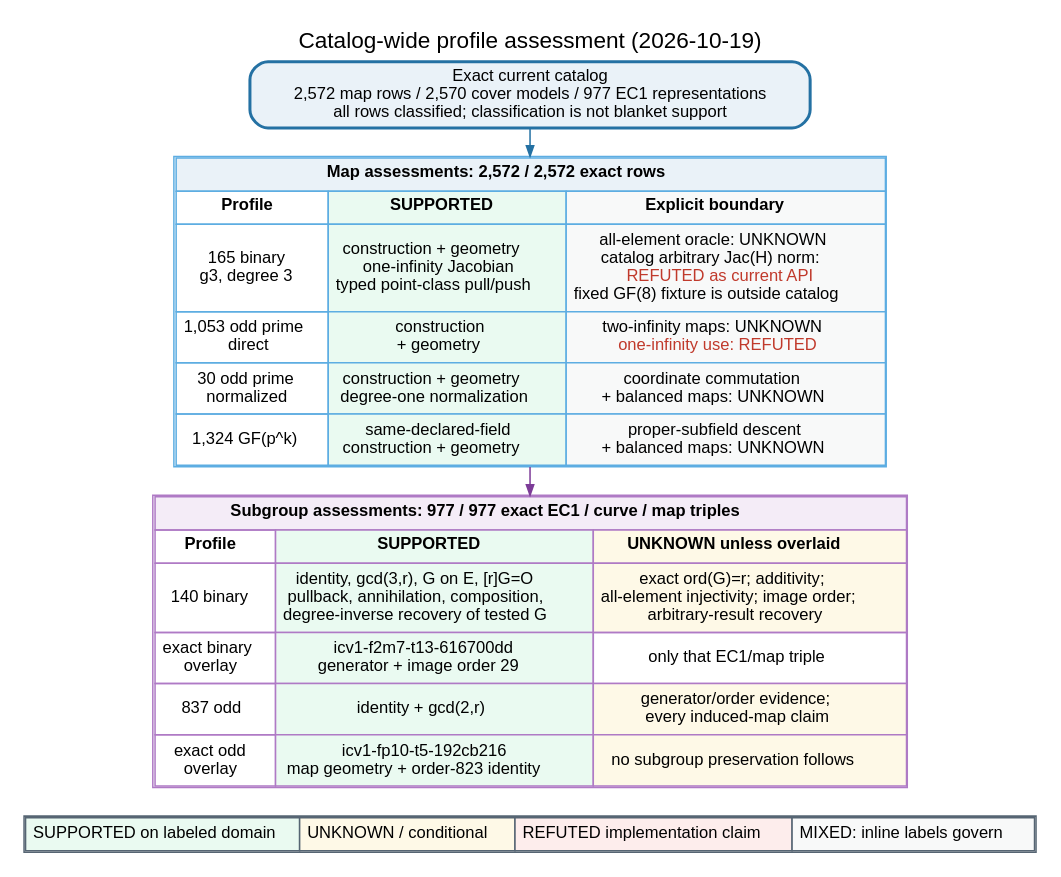
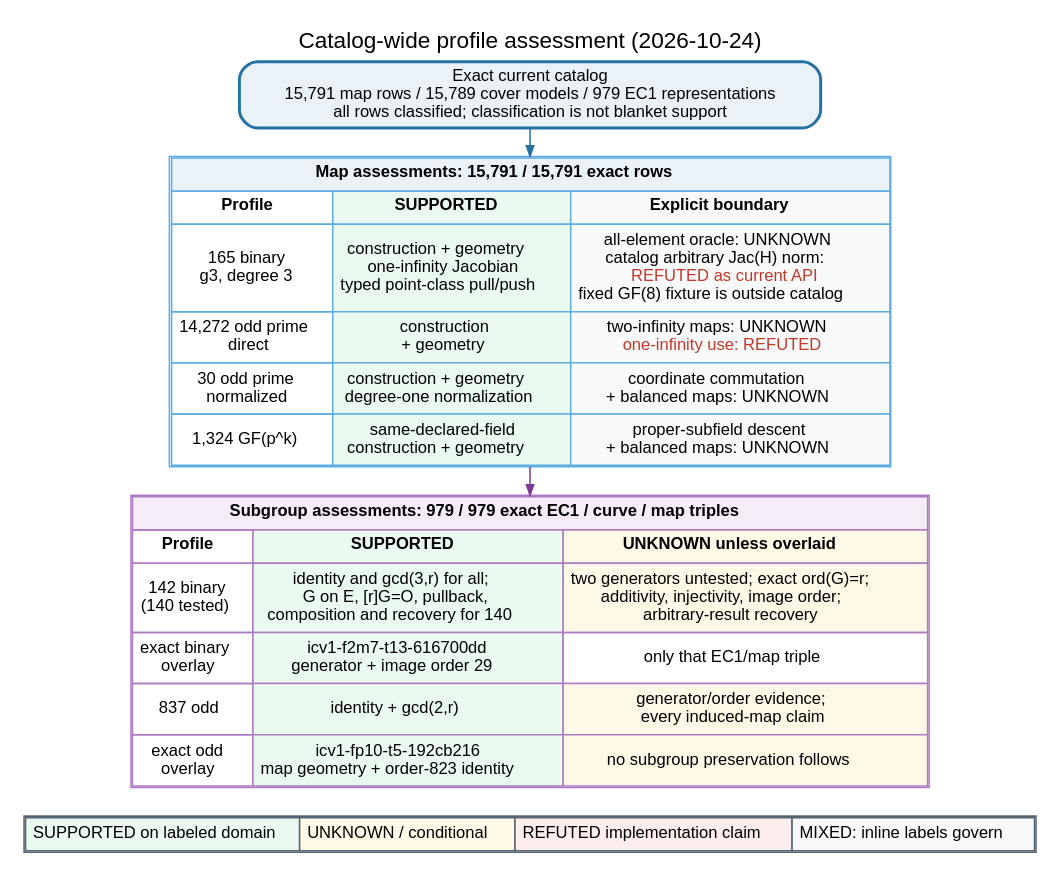
Before and after one commit to isogeny-labs/crypto: the diagram in research/cover_transfer_assessment_20261013/typed_correspondence.dot, drawn with Graphviz. The commit also changed 14 other files, not shown here.

Commit message:
Reconcile full cover assessment with 979 linked subgroups

```diff
--- a/research/cover_transfer_assessment_20261013/typed_correspondence.dot
+++ b/research/cover_transfer_assessment_20261013/typed_correspondence.dot
@@ -1,64 +1,64 @@
-// cover-transfer-assessments/v2; catalog_maps=15791; unique_cover_models=15789; geometry_verified_maps=15791; ec1_representations=700; assessed_maps=15791; unassessed_maps=0; assessed_subgroups=700; unassessed_subgroups=0
+// cover-transfer-assessments/v2; catalog_maps=15791; unique_cover_models=15789; geometry_verified_maps=15791; ec1_representations=979; assessed_maps=15791; unassessed_maps=0; assessed_subgroups=979; unassessed_subgroups=0
 digraph cover_transfer_assessment {
   graph [
     rankdir=TB,
     bgcolor="white",
     pad="0.12",
     nodesep="0.20",
     ranksep="0.26",
     fontname="Helvetica",
     fontsize=15,
     labelloc="t",
-    label="Catalog-wide profile assessment (2026-10-19)"
+    label="Catalog-wide profile assessment (2026-10-24)"
   ];
   node [shape=box, style="rounded,filled", fillcolor="white", color="#34495e", fontname="Helvetica", fontsize=11];
   edge [fontname="Helvetica", fontsize=9, color="#34495e", arrowsize=0.7];
 
   catalog [
-    label="Exact current catalog\n2,572 map rows / 2,570 cover models / 977 EC1 representations\nall rows classified; classification is not blanket support",
+    label="Exact current catalog\n15,791 map rows / 15,789 cover models / 979 EC1 representations\nall rows classified; classification is not blanket support",
     fillcolor="#eaf2f8",
     color="#2471a3",
     penwidth=2
   ];
 
   maps [
     shape=plain,
     label=<
       <TABLE BORDER="1" CELLBORDER="1" CELLSPACING="0" CELLPADDING="4" COLOR="#5dade2">
-        <TR><TD COLSPAN="3" BGCOLOR="#eaf2f8"><B>Map assessments: 2,572 / 2,572 exact rows</B></TD></TR>
+        <TR><TD COLSPAN="3" BGCOLOR="#eaf2f8"><B>Map assessments: 15,791 / 15,791 exact rows</B></TD></TR>
         <TR><TD><B>Profile</B></TD><TD BGCOLOR="#eafaf1"><B>SUPPORTED</B></TD><TD BGCOLOR="#f8f9f9"><B>Explicit boundary</B></TD></TR>
         <TR><TD>165 binary<BR/>g3, degree 3</TD><TD BGCOLOR="#eafaf1">construction + geometry<BR/>one-infinity Jacobian<BR/>typed point-class pull/push</TD><TD BGCOLOR="#f8f9f9">all-element oracle: UNKNOWN<BR/>catalog arbitrary Jac(H) norm:<BR/><FONT COLOR="#c0392b">REFUTED as current API</FONT><BR/>fixed GF(8) fixture is outside catalog</TD></TR>
-        <TR><TD>1,053 odd prime<BR/>direct</TD><TD BGCOLOR="#eafaf1">construction<BR/>+ geometry</TD><TD BGCOLOR="#f8f9f9">two-infinity maps: UNKNOWN<BR/><FONT COLOR="#c0392b">one-infinity use: REFUTED</FONT></TD></TR>
+        <TR><TD>14,272 odd prime<BR/>direct</TD><TD BGCOLOR="#eafaf1">construction<BR/>+ geometry</TD><TD BGCOLOR="#f8f9f9">two-infinity maps: UNKNOWN<BR/><FONT COLOR="#c0392b">one-infinity use: REFUTED</FONT></TD></TR>
         <TR><TD>30 odd prime<BR/>normalized</TD><TD BGCOLOR="#eafaf1">construction + geometry<BR/>degree-one normalization</TD><TD BGCOLOR="#f8f9f9">coordinate commutation<BR/>+ balanced maps: UNKNOWN</TD></TR>
         <TR><TD>1,324 GF(p^k)</TD><TD BGCOLOR="#eafaf1">same-declared-field<BR/>construction + geometry</TD><TD BGCOLOR="#f8f9f9">proper-subfield descent<BR/>+ balanced maps: UNKNOWN</TD></TR>
       </TABLE>
     >
   ];
 
   subgroups [
     shape=plain,
     label=<
       <TABLE BORDER="1" CELLBORDER="1" CELLSPACING="0" CELLPADDING="4" COLOR="#af7ac5">
-        <TR><TD COLSPAN="3" BGCOLOR="#f4ecf7"><B>Subgroup assessments: 977 / 977 exact EC1 / curve / map triples</B></TD></TR>
+        <TR><TD COLSPAN="3" BGCOLOR="#f4ecf7"><B>Subgroup assessments: 979 / 979 exact EC1 / curve / map triples</B></TD></TR>
         <TR><TD><B>Profile</B></TD><TD BGCOLOR="#eafaf1"><B>SUPPORTED</B></TD><TD BGCOLOR="#fef9e7"><B>UNKNOWN unless overlaid</B></TD></TR>
-        <TR><TD>140 binary</TD><TD BGCOLOR="#eafaf1">identity, gcd(3,r), G on E, [r]G=O<BR/>pullback, annihilation, composition,<BR/>degree-inverse recovery of tested G</TD><TD BGCOLOR="#fef9e7">exact ord(G)=r; additivity;<BR/>all-element injectivity; image order;<BR/>arbitrary-result recovery</TD></TR>
+        <TR><TD>142 binary<BR/>(140 tested)</TD><TD BGCOLOR="#eafaf1">identity and gcd(3,r) for all;<BR/>G on E, [r]G=O, pullback,<BR/>composition and recovery for 140</TD><TD BGCOLOR="#fef9e7">two generators untested; exact ord(G)=r;<BR/>additivity, injectivity, image order;<BR/>arbitrary-result recovery</TD></TR>
         <TR><TD>exact binary<BR/>overlay</TD><TD BGCOLOR="#eafaf1">icv1-f2m7-t13-616700dd<BR/>generator + image order 29</TD><TD>only that EC1/map triple</TD></TR>
         <TR><TD>837 odd</TD><TD BGCOLOR="#eafaf1">identity + gcd(2,r)</TD><TD BGCOLOR="#fef9e7">generator/order evidence;<BR/>every induced-map claim</TD></TR>
         <TR><TD>exact odd<BR/>overlay</TD><TD BGCOLOR="#eafaf1">icv1-fp10-t5-192cb216<BR/>map geometry + order-823 identity</TD><TD BGCOLOR="#fef9e7">no subgroup preservation follows</TD></TR>
       </TABLE>
     >
   ];
 
   legend [
     shape=plain,
     label=<
       <TABLE BORDER="1" CELLBORDER="1" CELLSPACING="0" CELLPADDING="4" COLOR="#566573">
         <TR><TD BGCOLOR="#eafaf1">SUPPORTED on labeled domain</TD><TD BGCOLOR="#fef9e7">UNKNOWN / conditional</TD><TD BGCOLOR="#fdedec">REFUTED implementation claim</TD><TD BGCOLOR="#f8f9f9">MIXED: inline labels govern</TD></TR>
       </TABLE>
     >
   ];
 
   catalog -> maps [color="#2471a3"];
   maps -> subgroups [color="#7d3c98"];
   subgroups -> legend [style="invis", weight=80];
 }
```
